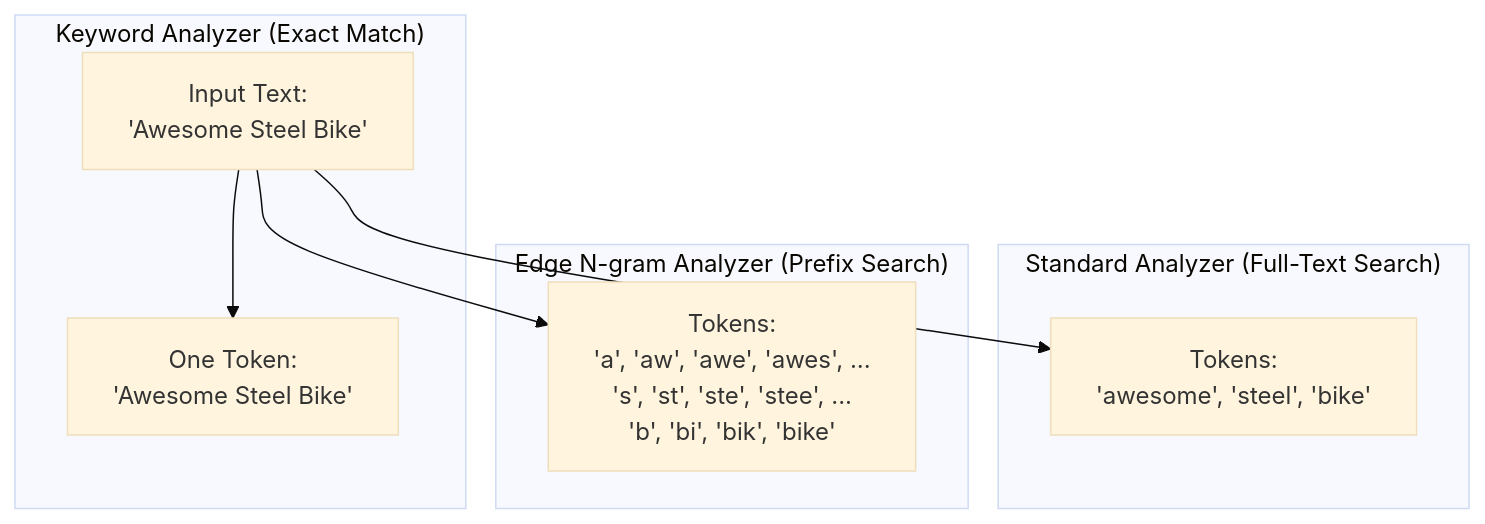
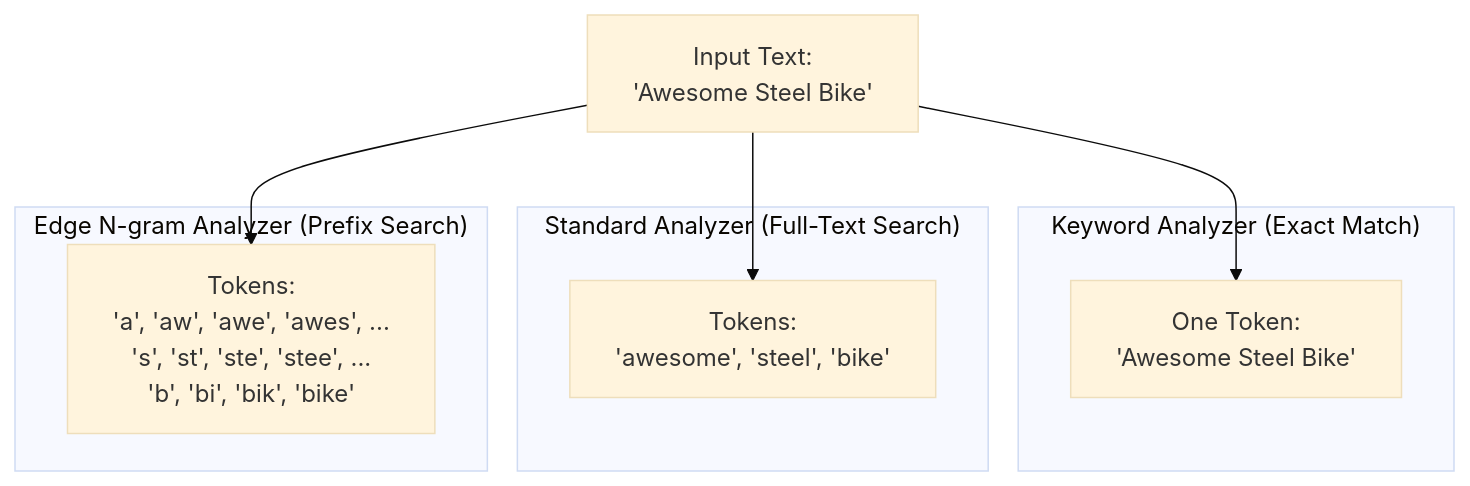
One commit to kolafish/tantivy changed the third of 3 diagrams in TiCI_JSON_Support_Proposal.md. Above: the diagram before and after it, drawn with Mermaid (base theme).

````diff
--- a/TiCI_JSON_Support_Proposal.md
+++ b/TiCI_JSON_Support_Proposal.md
@@ -237,16 +237,20 @@
 ```mermaid
 graph TD
     A["Input Text:<br/>'Awesome Steel Bike'"]
 
     subgraph "Keyword Analyzer (Exact Match)"
-        A --> B["One Token:<br/>'Awesome Steel Bike'"]
+        B["One Token:<br/>'Awesome Steel Bike'"]
     end
 
     subgraph "Standard Analyzer (Full-Text Search)"
-        A --> C["Tokens:<br/>'awesome', 'steel', 'bike'"]
+        C["Tokens:<br/>'awesome', 'steel', 'bike'"]
     end
 
     subgraph "Edge N-gram Analyzer (Prefix Search)"
-        A --> D["Tokens:<br/>'a', 'aw', 'awe', 'awes', ...<br/>'s', 'st', 'ste', 'stee', ...<br/>'b', 'bi', 'bik', 'bike'"]
+        D["Tokens:<br/>'a', 'aw', 'awe', 'awes', ...<br/>'s', 'st', 'ste', 'stee', ...<br/>'b', 'bi', 'bik', 'bike'"]
     end
+
+    A --> B
+    A --> C
+    A --> D
 ```
````
